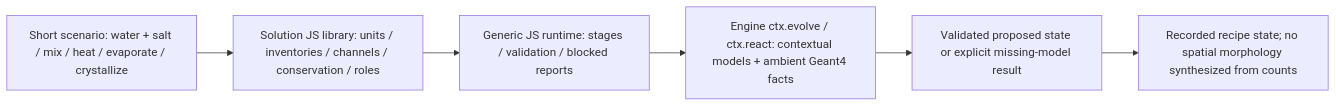
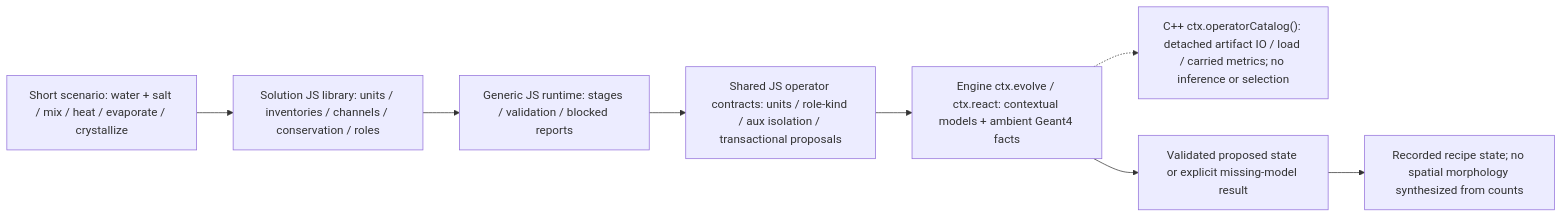
One commit to Geckos-Ink/trech changed the third of 38 diagrams in CHARTS.md. Above: the diagram before and after it, drawn with Mermaid. The commit also changed 13 other files, not shown here.

Commit message:
Add reusable process operator contracts and capability catalog

````diff
--- a/CHARTS.md
+++ b/CHARTS.md
@@ -37,8 +37,10 @@
 ```mermaid
 flowchart LR
   S["Short scenario: water + salt / mix / heat / evaporate / crystallize"] --> D["Solution JS library: units / inventories / channels / conservation / roles"]
   D --> R["Generic JS runtime: stages / validation / blocked reports"]
-  R --> E["Engine ctx.evolve / ctx.react: contextual models + ambient Geant4 facts"]
+  R --> B["Shared JS operator contracts: units / role-kind / aux isolation / transactional proposals"]
+  B --> E["Engine ctx.evolve / ctx.react: contextual models + ambient Geant4 facts"]
+  E -.-> C["C++ ctx.operatorCatalog(): detached artifact IO / load / carried metrics; no inference or selection"]
   E --> V["Validated proposed state or explicit missing-model result"]
   V --> O["Recorded recipe state; no spatial morphology synthesized from counts"]
 ```
````
